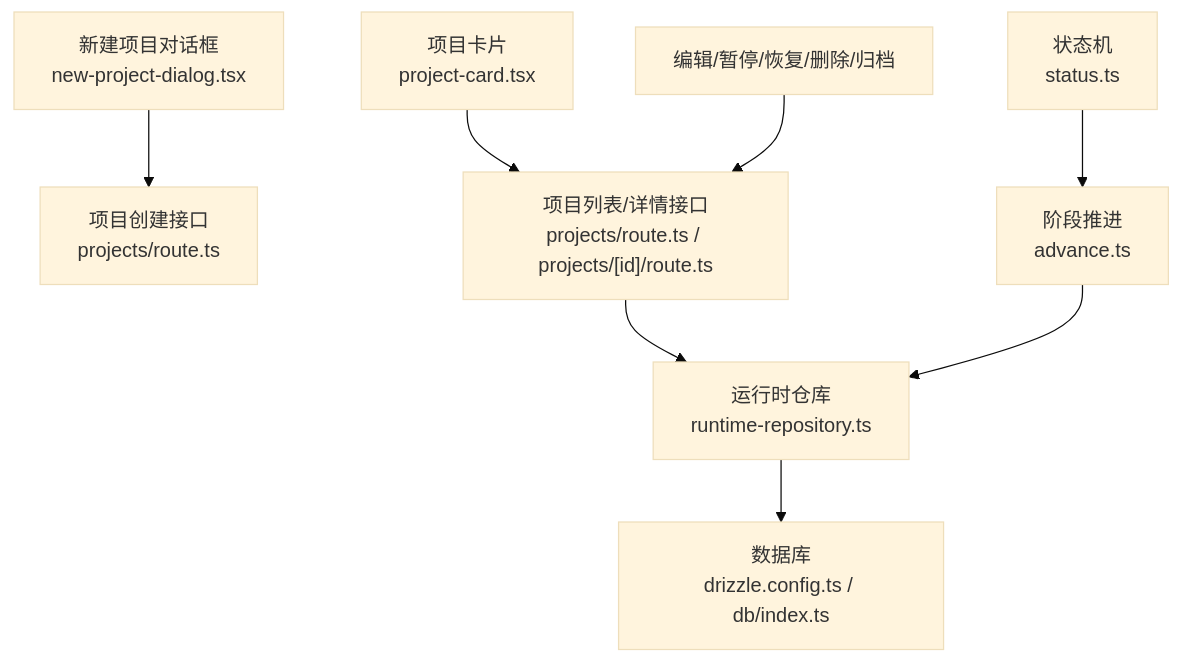
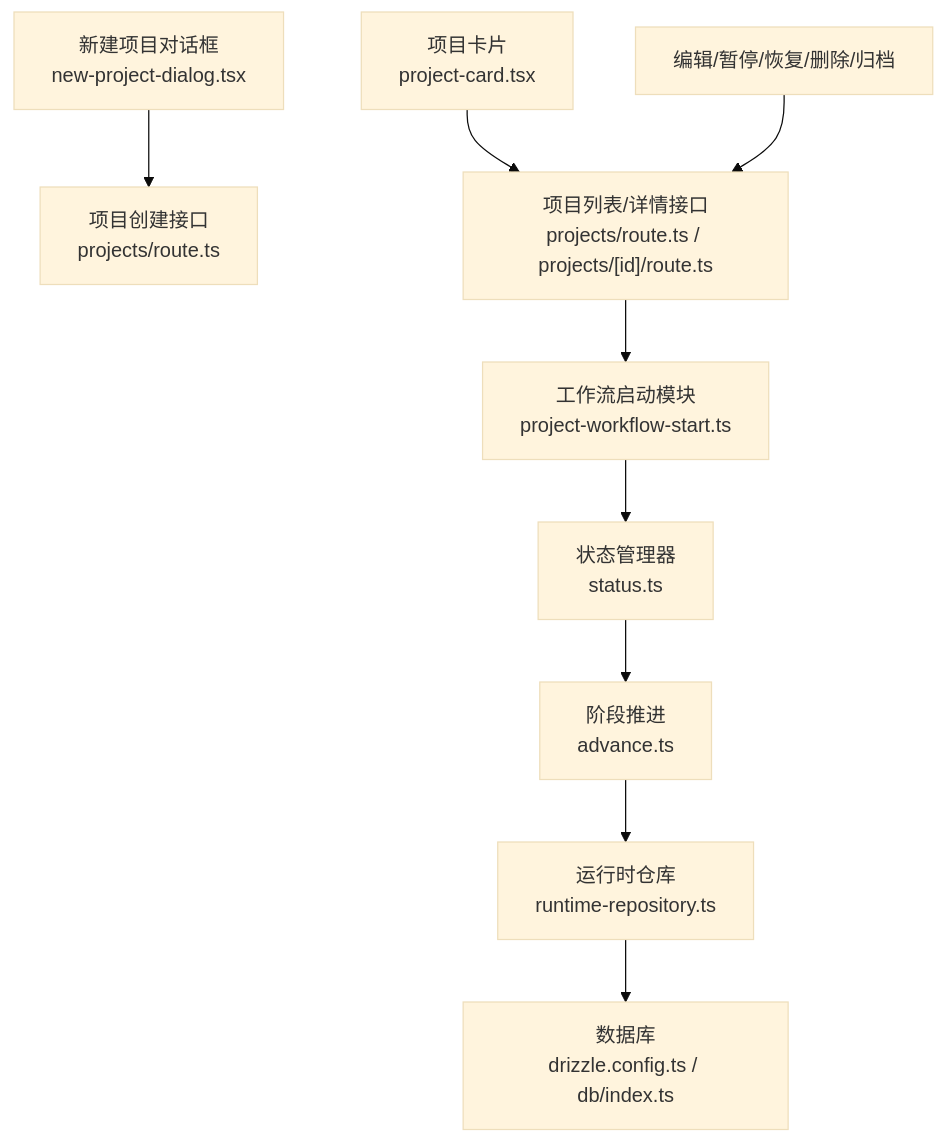
One commit to scottcwy/PurpleInk changed the first of 8 diagrams in .qoder/repowiki/zh/content/项目管理/项目生命周期管理.md. Above: the diagram before and after it, drawn with Mermaid (base theme). The commit also changed other lines of this file and 29 other files, not shown here.

````diff
--- a/.qoder/repowiki/zh/content/项目管理/项目生命周期管理.md
+++ b/.qoder/repowiki/zh/content/项目管理/项目生命周期管理.md
@@ -51,10 +66,11 @@
 ```mermaid
 graph TB
 UI_New["新建项目对话框<br/>new-project-dialog.tsx"] --> API_Create["项目创建接口<br/>projects/route.ts"]
 UI_Card["项目卡片<br/>project-card.tsx"] --> API_Projects["项目列表/详情接口<br/>projects/route.ts / projects/[id]/route.ts"]
-API_Projects --> Repo_Runtime["运行时仓库<br/>runtime-repository.ts"]
+API_Projects --> WorkflowStart["工作流启动模块<br/>project-workflow-start.ts"]
+WorkflowStart --> StateMgr["状态管理器<br/>status.ts"]
+StateMgr --> Advance["阶段推进<br/>advance.ts"]
+Advance --> Repo_Runtime["运行时仓库<br/>runtime-repository.ts"]
 Repo_Runtime --> DB["数据库<br/>drizzle.config.ts / db/index.ts"]
 UI_Edit["编辑/暂停/恢复/删除/归档"] --> API_Projects
-State["状态机<br/>status.ts"] --> Advance["阶段推进<br/>advance.ts"]
-Advance --> Repo_Runtime
 ```
````
